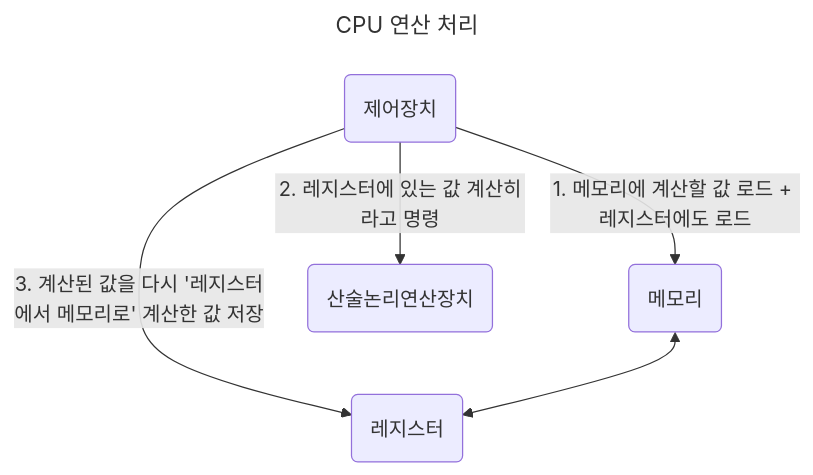
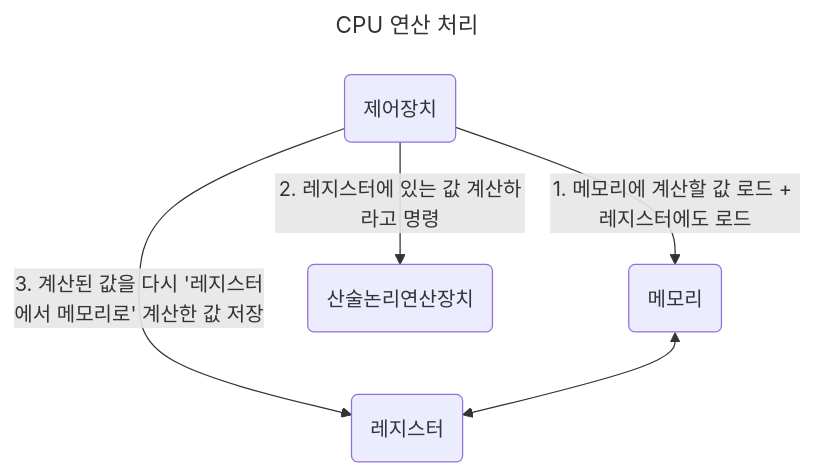
Before and after one commit to yeslee-v/BookReview: the fourth of 12 diagrams in Computer_Science_Note/3장_운영체제.md, drawn with Mermaid. The commit also changed other lines of this file and 1 other file, not shown here.

````diff
--- a/Computer_Science_Note/3장_운영체제.md
+++ b/Computer_Science_Note/3장_운영체제.md
@@ -117,12 +117,12 @@
 ```mermaid
 ---
 title: CPU 연산 처리
 ---
 flowchart TD
 
 A(제어장치) --> |1. 메모리에 계산할 값 로드 + 레지스터에도 로드| B(메모리)
-A --> |2. 레지스터에 있는 값 계산히라고 명령| C(산술논리연산장치)
+A --> |2. 레지스터에 있는 값 계산하라고 명령| C(산술논리연산장치)
 A --> |3. 계산된 값을 다시 '레지스터에서 메모리로' 계산한 값 저장| D(레지스터)
 
 B <--> D
 ```
````
